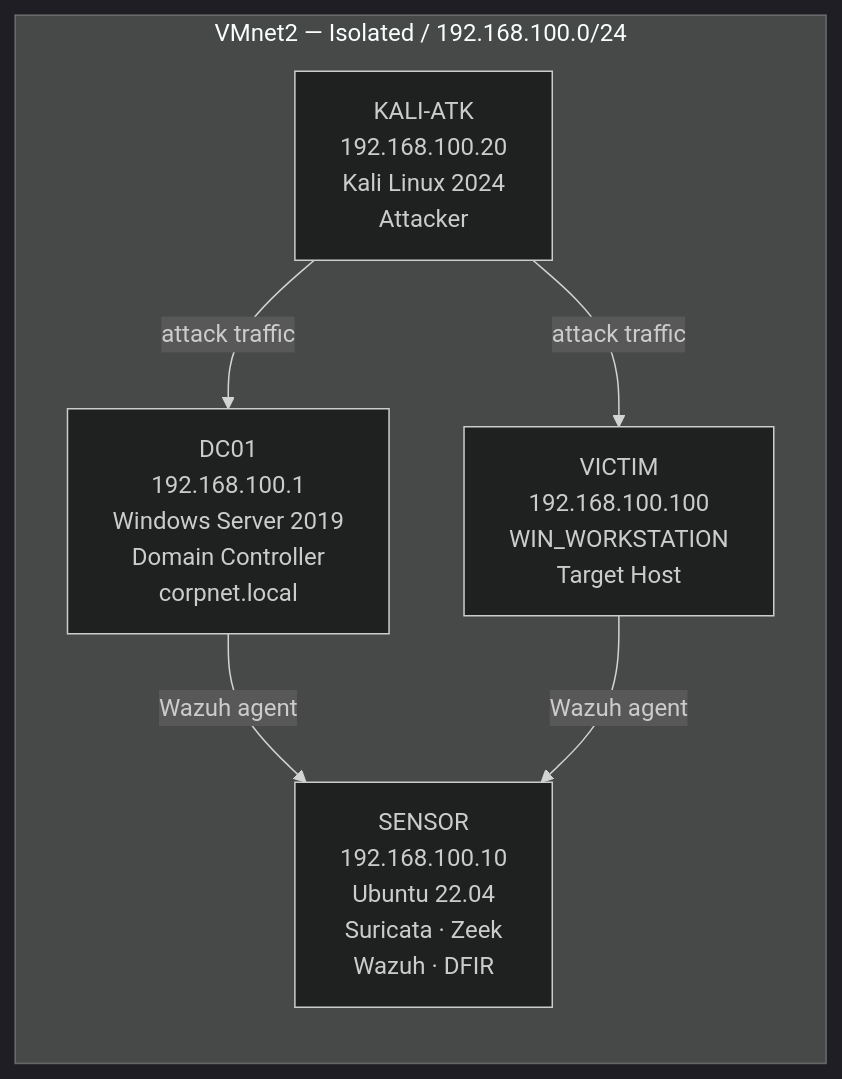
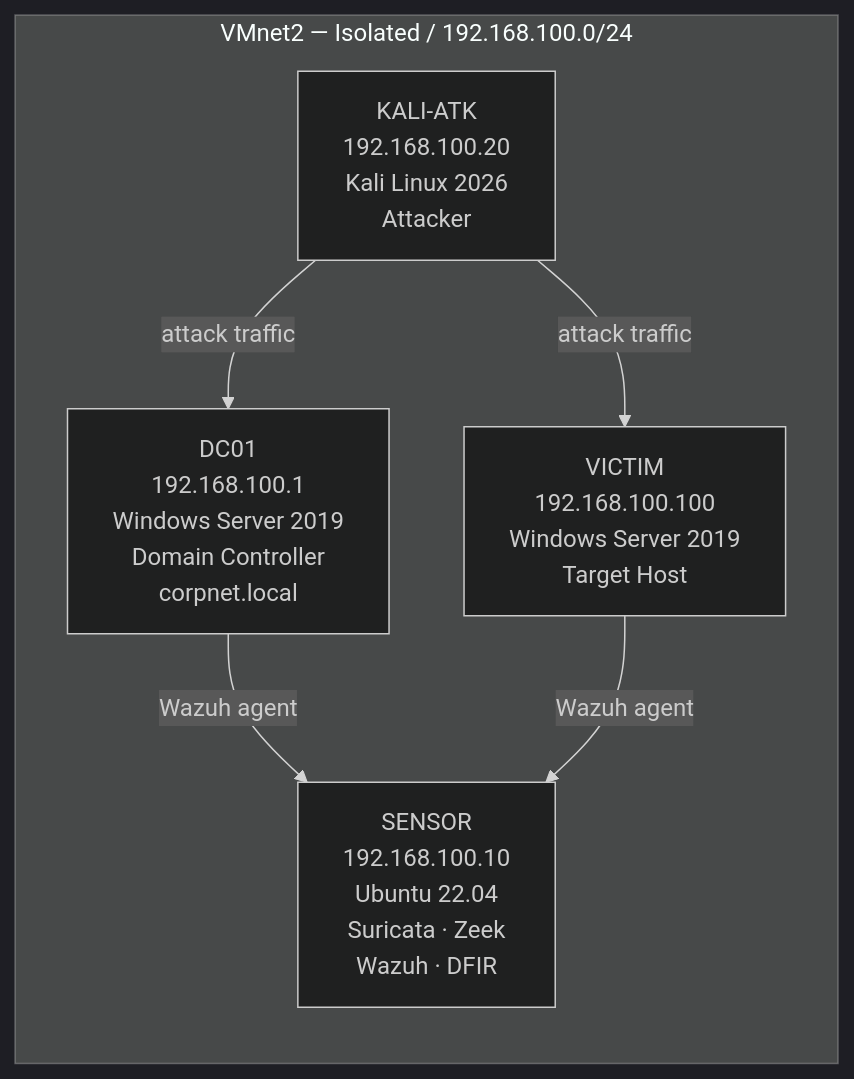
One commit to LazurNiko/Sandbox_SecurityLab_1 changed the diagram in README.md. Above: the diagram before and after it, drawn with Mermaid (dark theme). The commit also changed other lines of this file and 101 other files, not shown here.

````diff
--- a/README.md
+++ b/README.md
@@ -2,23 +6,23 @@
 ```mermaid
 flowchart LR
 
     subgraph VMnet2["VMnet2 — Isolated / 192.168.100.0/24"]
 
         DC01["DC01\n192.168.100.1\nWindows Server 2019\nDomain Controller\ncorpnet.local"]
 
-        KALI["KALI-ATK\n192.168.100.20\nKali Linux 2024\nAttacker"]
+        KALI["KALI-ATK\n192.168.100.20\nKali Linux 2026\nAttacker"]
 
         SENSOR["SENSOR\n192.168.100.10\nUbuntu 22.04\nSuricata · Zeek\nWazuh · DFIR"]
 
-        VICTIM["VICTIM\n192.168.100.100\nWIN_WORKSTATION\nTarget Host"]
+        VICTIM["VICTIM\n192.168.100.100\nWindows Server 2019\nTarget Host"]
 
     end
 
     KALI -->|"attack traffic"| DC01
 
     KALI -->|"attack traffic"| VICTIM
 
     DC01 -->|"Wazuh agent"| SENSOR
 
     VICTIM -->|"Wazuh agent"| SENSOR
 ```
````
